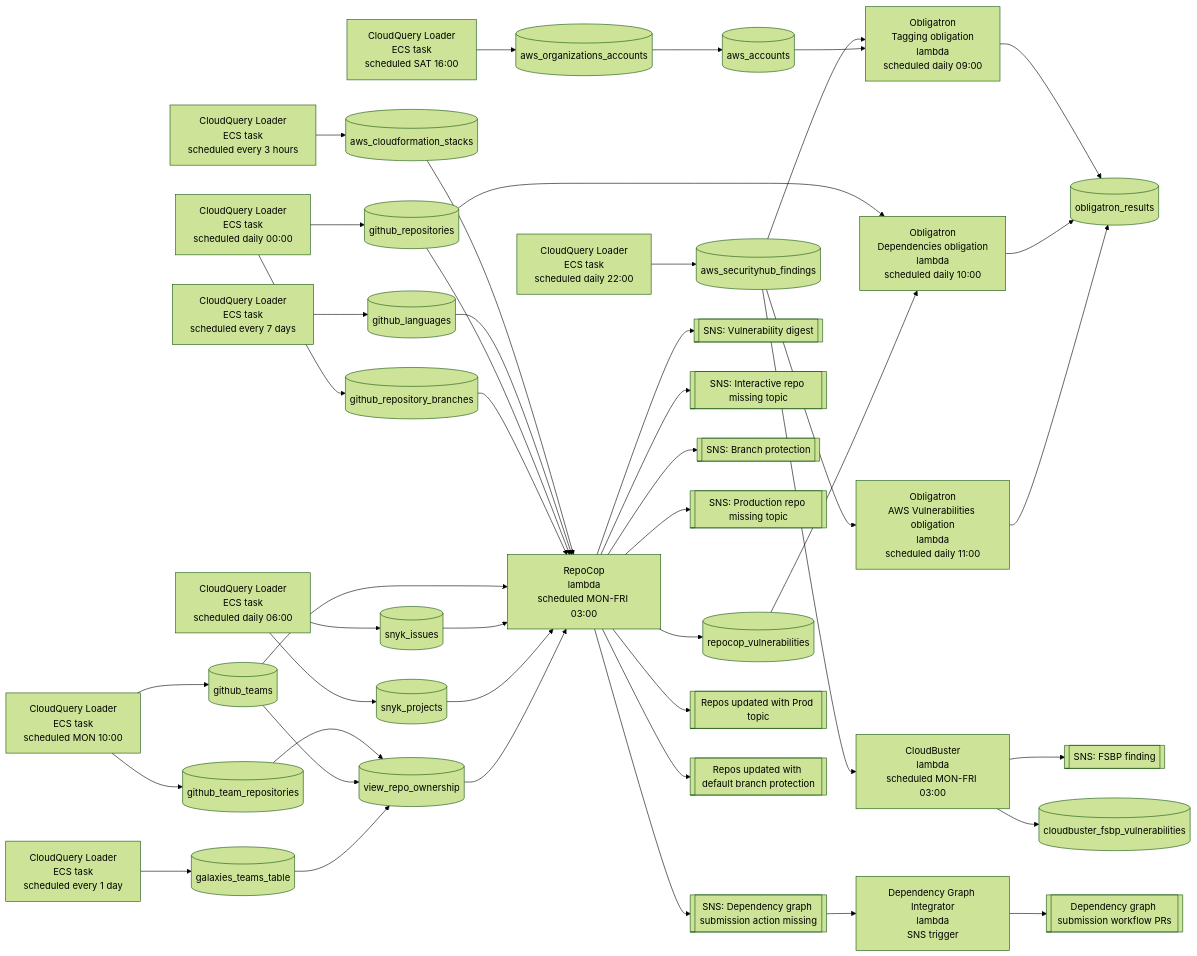
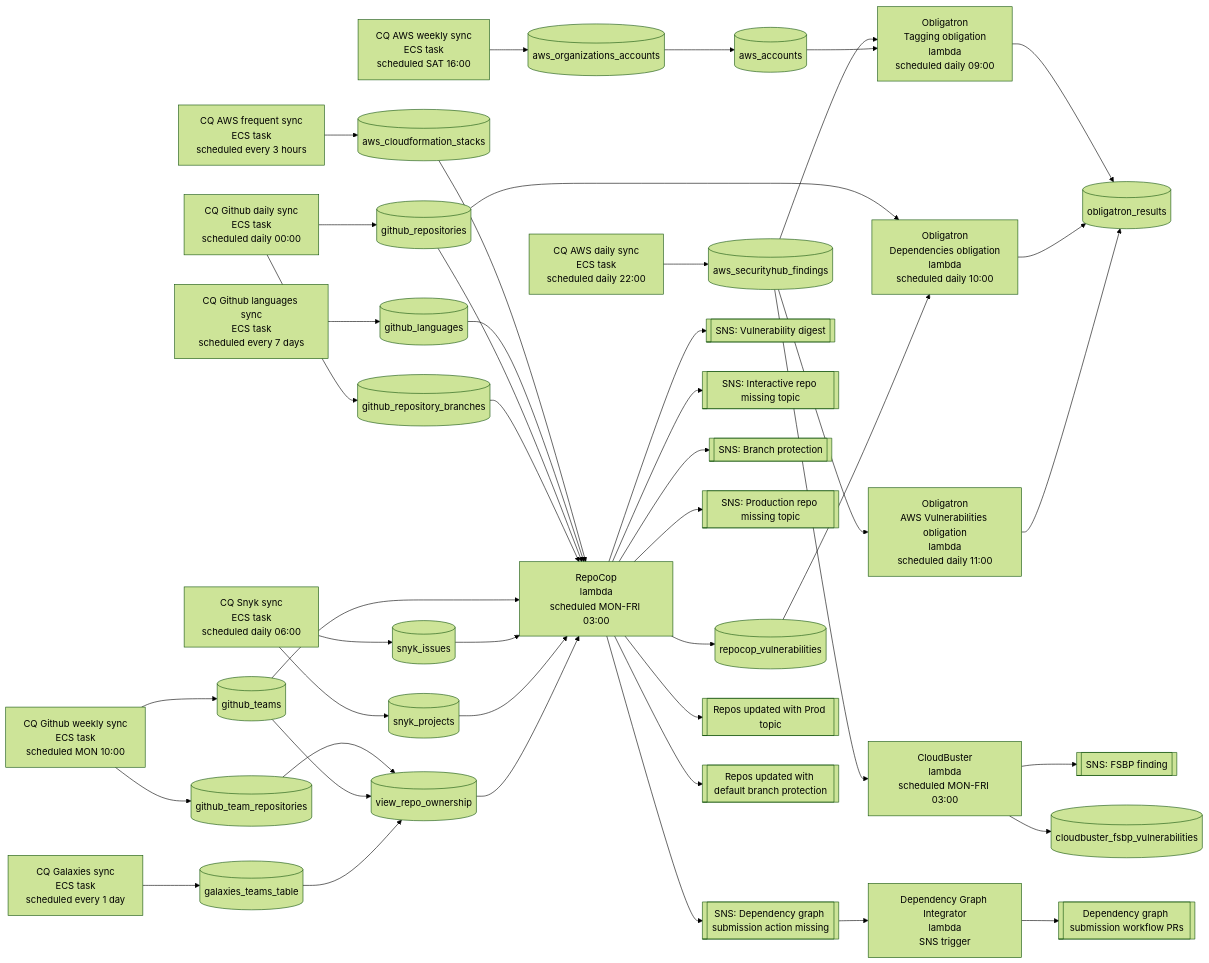
The diagram in packages/repocop/JobDependencies.md (guardian/service-catalogue), drawn with Mermaid (forest theme) before and after one commit.

Commit message:
Name the data-loading processes

```diff
--- a/packages/repocop/JobDependencies.md
+++ b/packages/repocop/JobDependencies.md
@@ -38,14 +38,14 @@
     ghBranchProtect[[Repos updated with default branch protection]]
     
     %% Processes
-    awsWeeklyLoader[CloudQuery Loader<br>ECS task<br>scheduled SAT 16:00]
-    awsDailyLoader[CloudQuery Loader<br>ECS task<br>scheduled daily 22:00]
-    awsFreqLoader[CloudQuery Loader<br>ECS task<br>scheduled every 3 hours]
-    ghWeeklyLoader[CloudQuery Loader<br>ECS task<br>scheduled MON 10:00]
-    ghDailyLoader[CloudQuery Loader<br>ECS task<br>scheduled daily 00:00]
-    snykLoader[CloudQuery Loader<br>ECS task<br>scheduled daily 06:00]
-    ghLangLoader[CloudQuery Loader<br>ECS task<br>scheduled every 7 days]
-    galaxiesLoader[CloudQuery Loader<br>ECS task<br>scheduled every 1 day]
+    awsWeeklyLoader[CQ AWS weekly sync<br>ECS task<br>scheduled SAT 16:00]
+    awsDailyLoader[CQ AWS daily sync<br>ECS task<br>scheduled daily 22:00]
+    awsFreqLoader[CQ AWS frequent sync<br>ECS task<br>scheduled every 3 hours]
+    ghWeeklyLoader[CQ Github weekly sync<br>ECS task<br>scheduled MON 10:00]
+    ghDailyLoader[CQ Github daily sync<br>ECS task<br>scheduled daily 00:00]
+    snykLoader[CQ Snyk sync<br>ECS task<br>scheduled daily 06:00]
+    ghLangLoader[CQ Github languages sync<br>ECS task<br>scheduled every 7 days]
+    galaxiesLoader[CQ Galaxies sync<br>ECS task<br>scheduled every 1 day]
     repocop[RepoCop<br>lambda<br>scheduled MON-FRI 03:00]
     depGraphIntegrator[Dependency Graph Integrator<br>lambda<br>SNS trigger]
     cloudbuster[CloudBuster<br>lambda<br>scheduled MON-FRI 03:00]
```
